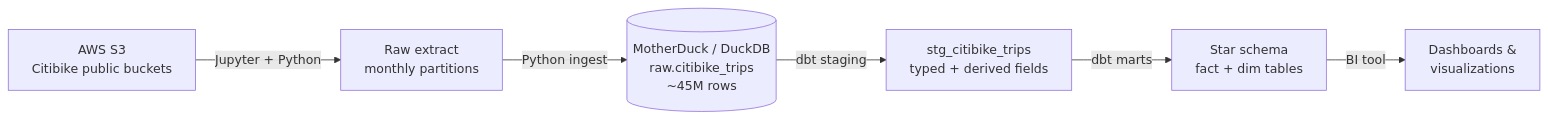
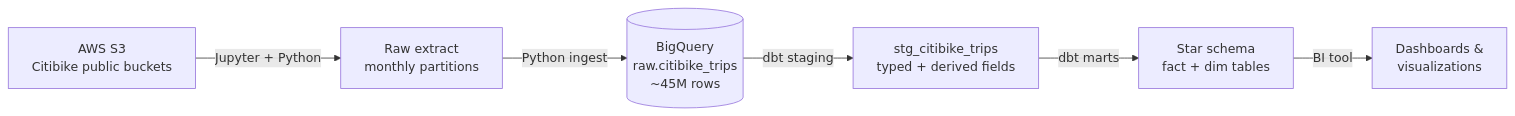
Before and after one commit to ereed30/nyc-citi-bike: the first of 2 diagrams in README.md, drawn with Mermaid. The commit also changed other lines of this file, not shown here.

````diff
--- a/README.md
+++ b/README.md
@@ -11,8 +11,8 @@
 ```mermaid
 flowchart LR
     A[AWS S3<br/>Citibike public buckets] -->|Jupyter + Python| B[Raw extract<br/>monthly partitions]
-    B -->|Python ingest| C[(MotherDuck / DuckDB<br/>raw.citibike_trips<br/>~45M rows)]
+    B -->|Python ingest| C[(BigQuery<br/>raw.citibike_trips<br/>~45M rows)]
     C -->|dbt staging| D[stg_citibike_trips<br/>typed + derived fields]
     D -->|dbt marts| E[Star schema<br/>fact + dim tables]
     E -->|BI tool| F[Dashboards &<br/>visualizations]
 ```
````
